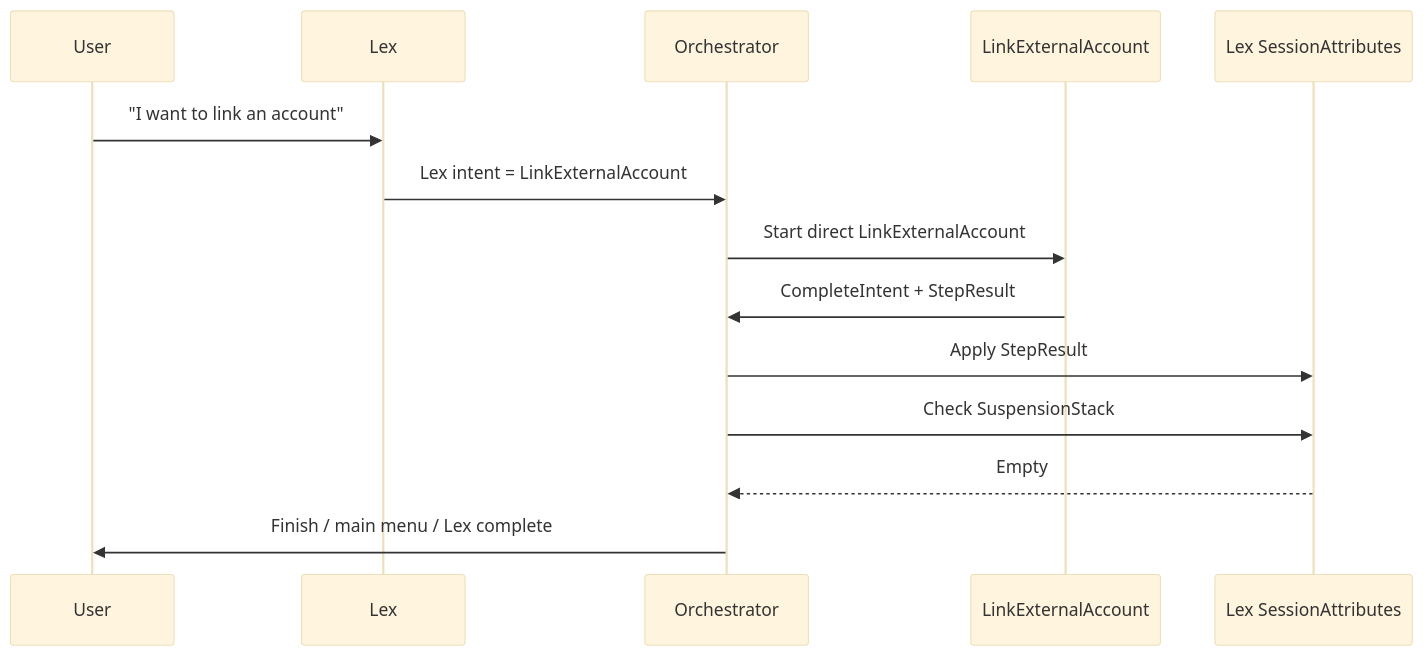
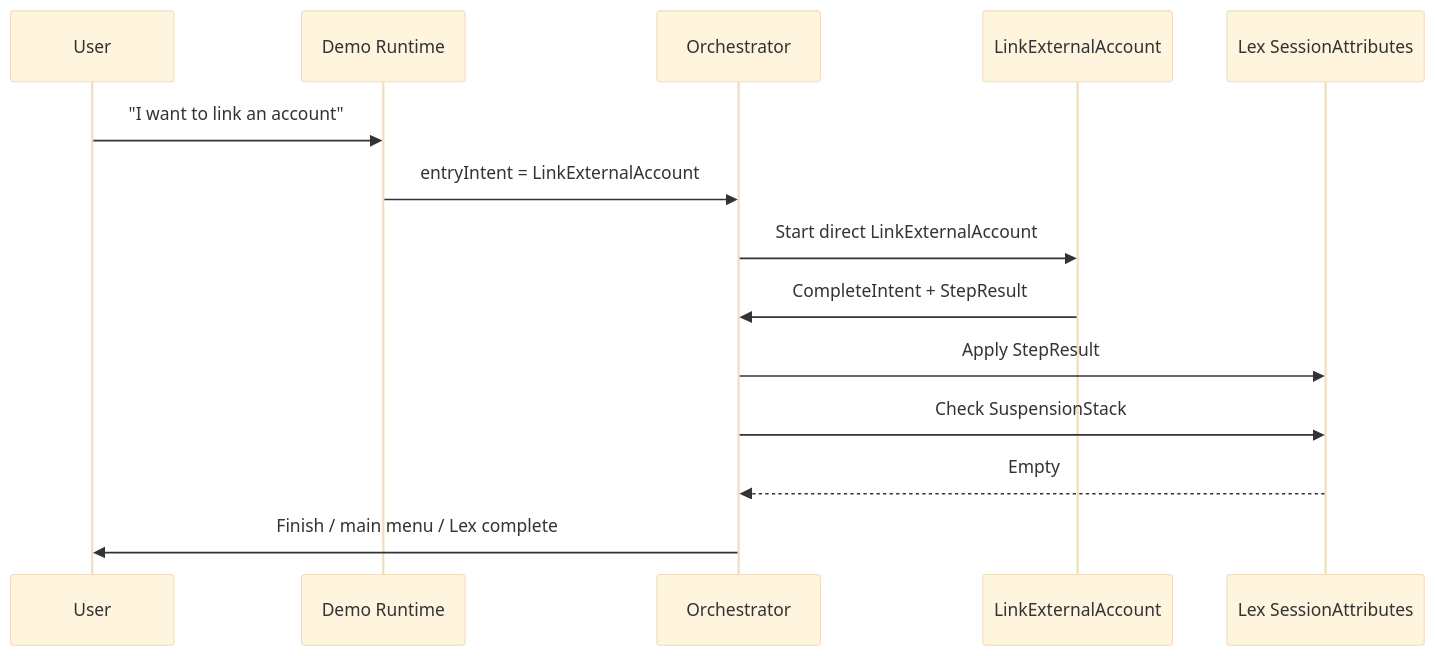
Before and after one commit to fghjkl007/adk-go-company-model-integration: the fifth of 9 diagrams in docs/superpowers/specs/2026-06-07-intent-step-orchestration-confluence.md, drawn with Mermaid (base theme). The commit also changed other lines of this file and 2 other files, not shown here.

Commit message:
docs: update intent step orchestration design

````diff
--- a/docs/superpowers/specs/2026-06-07-intent-step-orchestration-confluence.md
+++ b/docs/superpowers/specs/2026-06-07-intent-step-orchestration-confluence.md
@@ -214,17 +249,17 @@
 ```mermaid
 sequenceDiagram
   participant User
-  participant Lex
+  participant Runtime as Demo Runtime
   participant Orchestrator
   participant LinkExternalAccount
   participant SessionAttributes as Lex SessionAttributes
 
-  User->>Lex: "I want to link an account"
-  Lex->>Orchestrator: Lex intent = LinkExternalAccount
+  User->>Runtime: "I want to link an account"
+  Runtime->>Orchestrator: entryIntent = LinkExternalAccount
   Orchestrator->>LinkExternalAccount: Start direct LinkExternalAccount
   LinkExternalAccount->>Orchestrator: CompleteIntent + StepResult
   Orchestrator->>SessionAttributes: Apply StepResult
   Orchestrator->>SessionAttributes: Check SuspensionStack
   SessionAttributes-->>Orchestrator: Empty
   Orchestrator->>User: Finish / main menu / Lex complete
 ```
````
